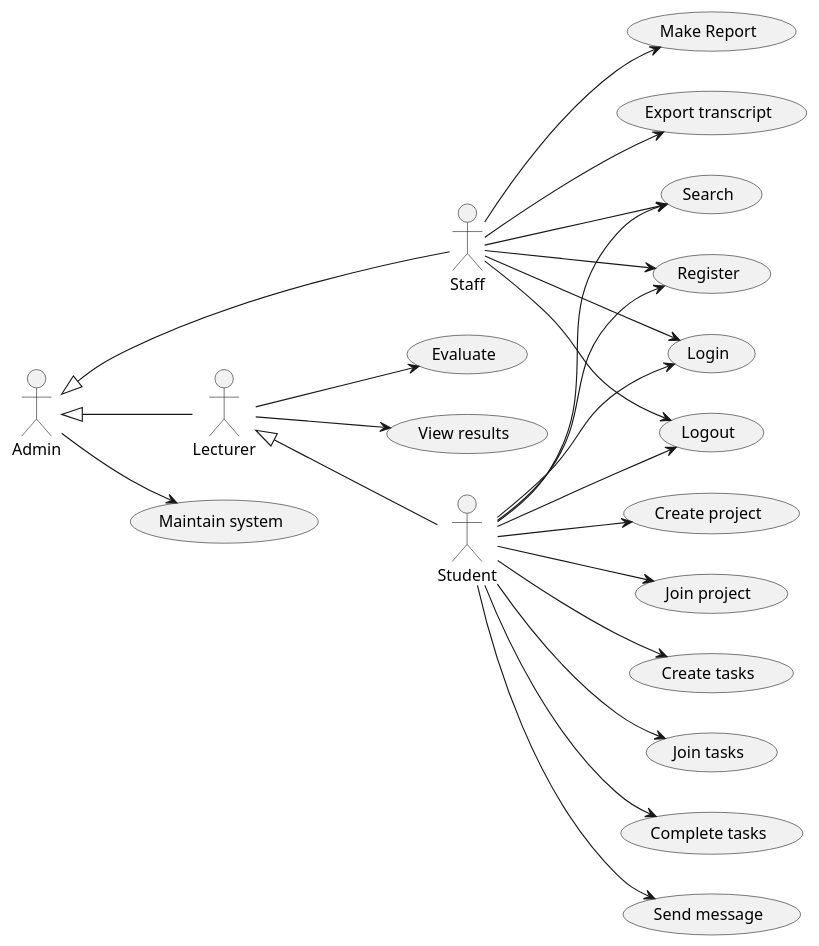
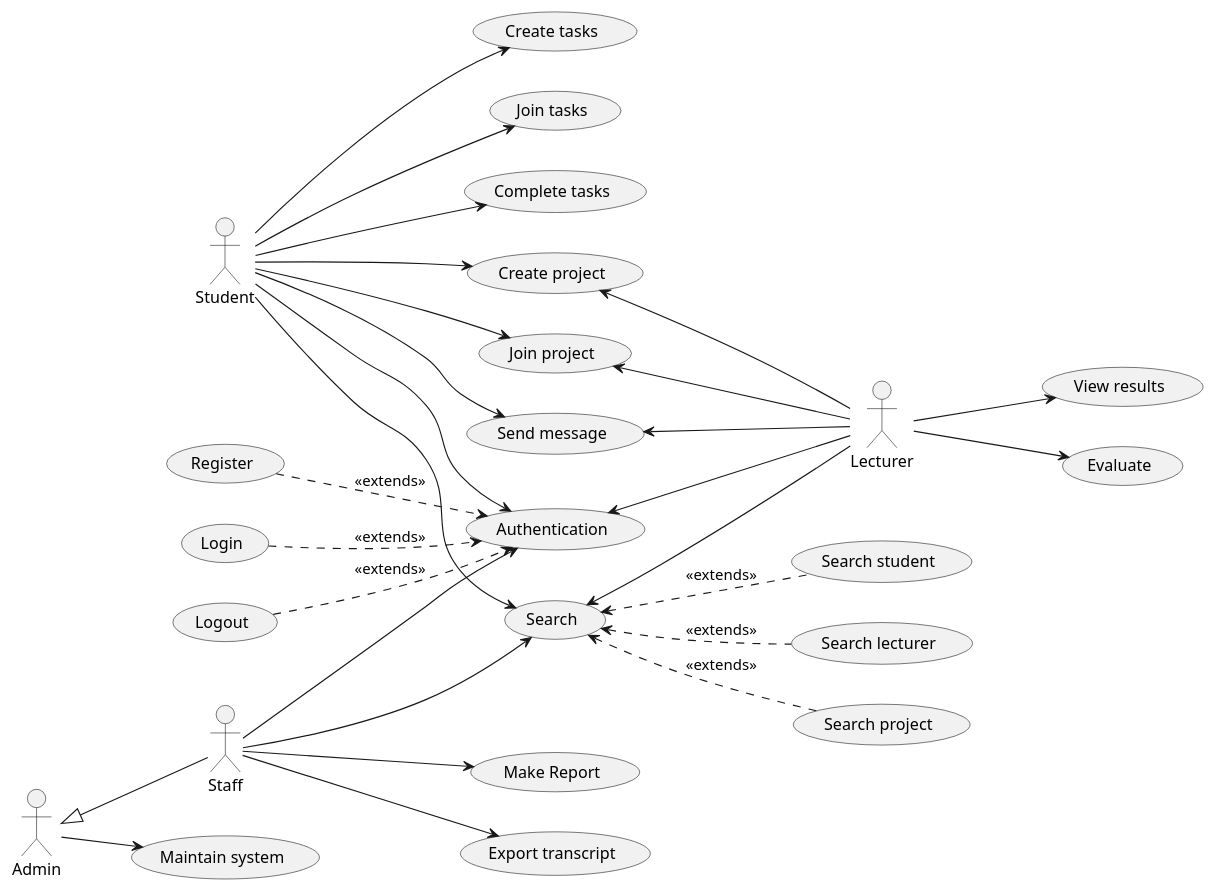
One commit to Huy-Ngo/acanban changed the diagram in docs/source/requirements/use-case-model.rst. Above: the diagram before and after it, drawn with PlantUML.

Commit message:
Update UC main diagram

```diff
--- a/docs/source/requirements/use-case-model.rst
+++ b/docs/source/requirements/use-case-model.rst
@@ -4,55 +4,66 @@
 .. uml::
 
    left to right direction
    actor Student
    actor Staff
    actor Admin
    actor Lecturer
 
    usecase "Create project" as CreateP
    usecase "Join project" as JoinP
    usecase "Create tasks" as CreateT
    usecase "Join tasks" as JoinT
    usecase "Complete tasks" as Complete
    usecase "View results" as View
    usecase Evaluate
    usecase "Send message" as Msg
 
    usecase Search
+   usecase "Search student" as SearchS
+   usecase "Search lecturer" as SearchL
+   usecase "Search project" as SearchP
 
+   usecase Authentication
    usecase Register
    usecase Login
    usecase Logout
 
    usecase "Make Report" as Report
    usecase "Export transcript" as Export
 
    usecase "Maintain system" as Maintain
 
    Staff --> Search
    Staff --> Export
    Staff --> Report
-   Staff --> Login
-   Staff --> Register
-   Staff --> Logout
+   Staff --> Authentication
 
    Student --> Search
    Student --> CreateP
    Student --> CreateT
    Student --> JoinP
    Student --> JoinT
    Student --> Complete
    Student --> Msg
-   Student --> Login
-   Student --> Register
-   Student --> Logout
+   Student --> Authentication
+
+   Search <-- Lecturer
+   CreateP <-- Lecturer
+   JoinP <-- Lecturer
+   Msg <-- Lecturer
+   Authentication <-- Lecturer
 
    Lecturer --> View
    Lecturer --> Evaluate
 
    Admin --> Maintain
 
-   Lecturer <|-- Student
+   Admin <|-- Staff
 
-   Admin <|-- Lecturer
-   Admin <|-- Staff
+   Search <.. SearchS: <<extends>>
+   Search <.. SearchL: <<extends>>
+   Search <.. SearchP: <<extends>>
+
+   Register ..> Authentication : <<extends>>
+   Login ..> Authentication : <<extends>>
+   Logout ..> Authentication : <<extends>>
```
